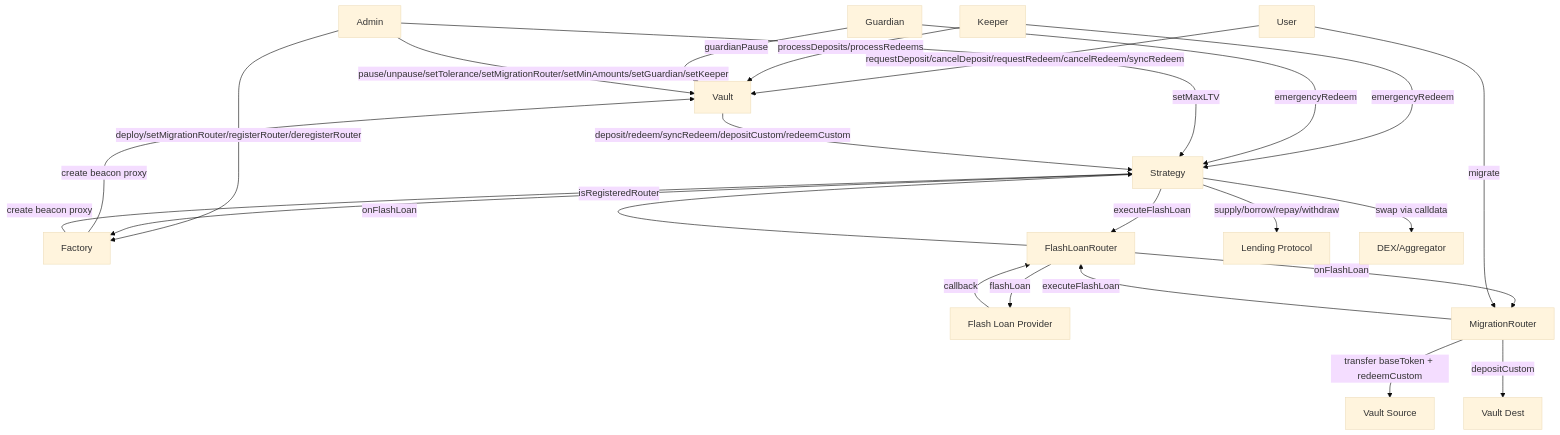
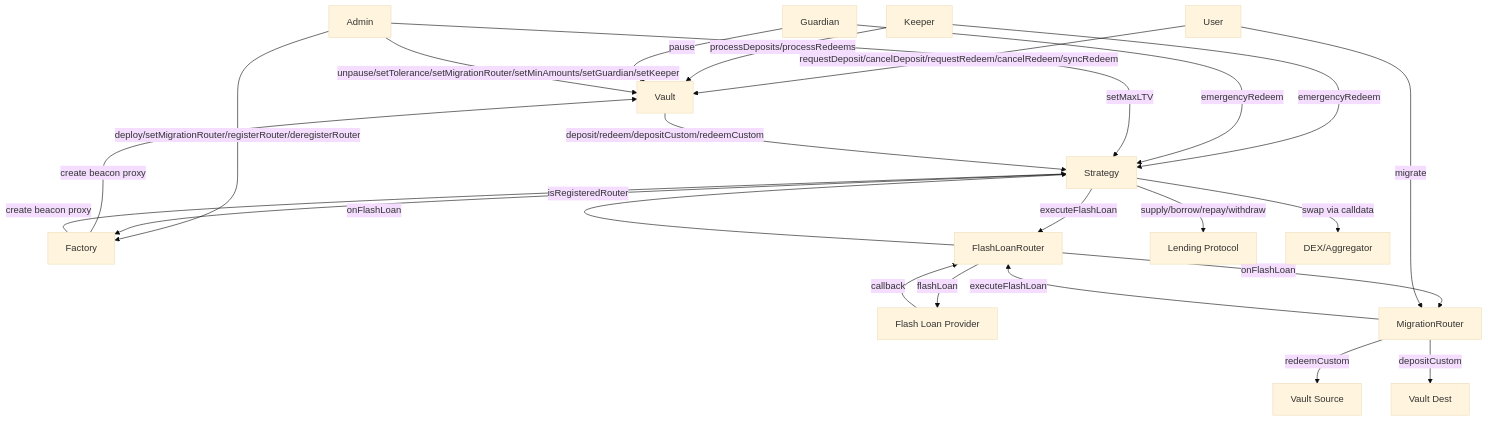
Before and after one commit to evgenynacu/leverage-vaults: the diagram in docs/architecture/contracts.md, drawn with Mermaid (base theme). The commit also changed other lines of this file and 18 other files, not shown here.

````diff
--- a/docs/architecture/contracts.md
+++ b/docs/architecture/contracts.md
@@ -20,26 +20,26 @@
 ```mermaid
 graph TD
     User -->|requestDeposit/cancelDeposit/requestRedeem/cancelRedeem/syncRedeem| Vault
     Keeper -->|processDeposits/processRedeems| Vault
     Keeper -->|emergencyRedeem| Strategy
     Guardian -->|emergencyRedeem| Strategy
-    Guardian -->|guardianPause| Vault
-    Admin -->|pause/unpause/setTolerance/setMigrationRouter/setMinAmounts/setGuardian/setKeeper| Vault
+    Guardian -->|pause| Vault
+    Admin -->|unpause/setTolerance/setMigrationRouter/setMinAmounts/setGuardian/setKeeper| Vault
     Admin -->|deploy/setMigrationRouter/registerRouter/deregisterRouter| Factory
     Admin -->|setMaxLTV| Strategy
-    Vault -->|deposit/redeem/syncRedeem/depositCustom/redeemCustom| Strategy
+    Vault -->|deposit/redeem/depositCustom/redeemCustom| Strategy
     Strategy -->|executeFlashLoan| FlashLoanRouter
     FlashLoanRouter -->|flashLoan| FlashProvider[Flash Loan Provider]
     FlashProvider -->|callback| FlashLoanRouter
     FlashLoanRouter -->|onFlashLoan| Strategy
     FlashLoanRouter -->|onFlashLoan| MigrationRouter
     Strategy -->|supply/borrow/repay/withdraw| LendingProtocol[Lending Protocol]
     Strategy -->|swap via calldata| DEX[DEX/Aggregator]
     Strategy -->|isRegisteredRouter| Factory
     User -->|migrate| MigrationRouter
     MigrationRouter -->|executeFlashLoan| FlashLoanRouter
-    MigrationRouter -->|transfer baseToken + redeemCustom| VaultA[Vault Source]
+    MigrationRouter -->|redeemCustom| VaultA[Vault Source]
     MigrationRouter -->|depositCustom| VaultB[Vault Dest]
     Factory -->|create beacon proxy| Vault
     Factory -->|create beacon proxy| Strategy
 ```
````
